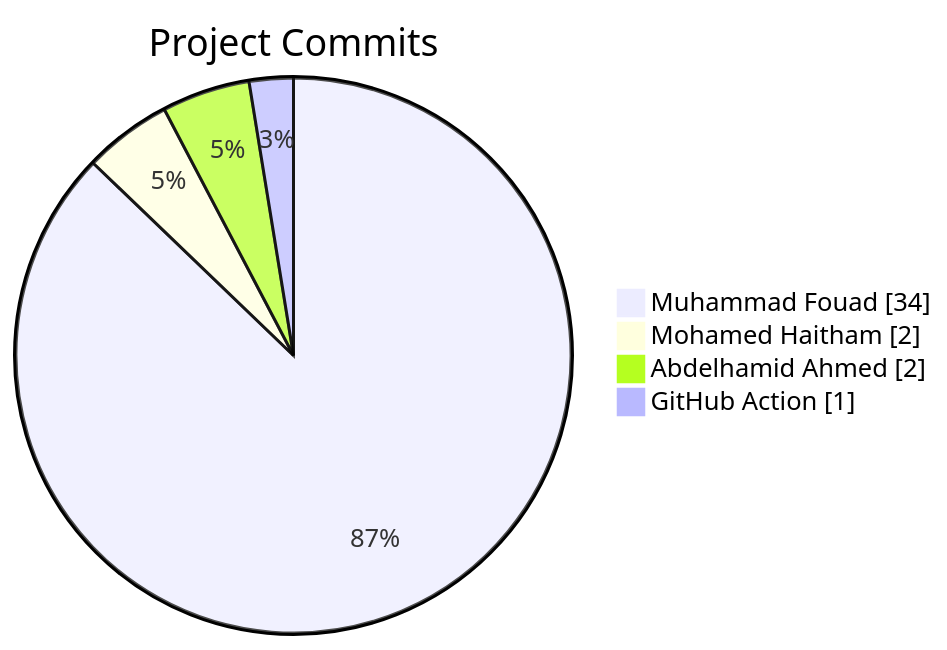
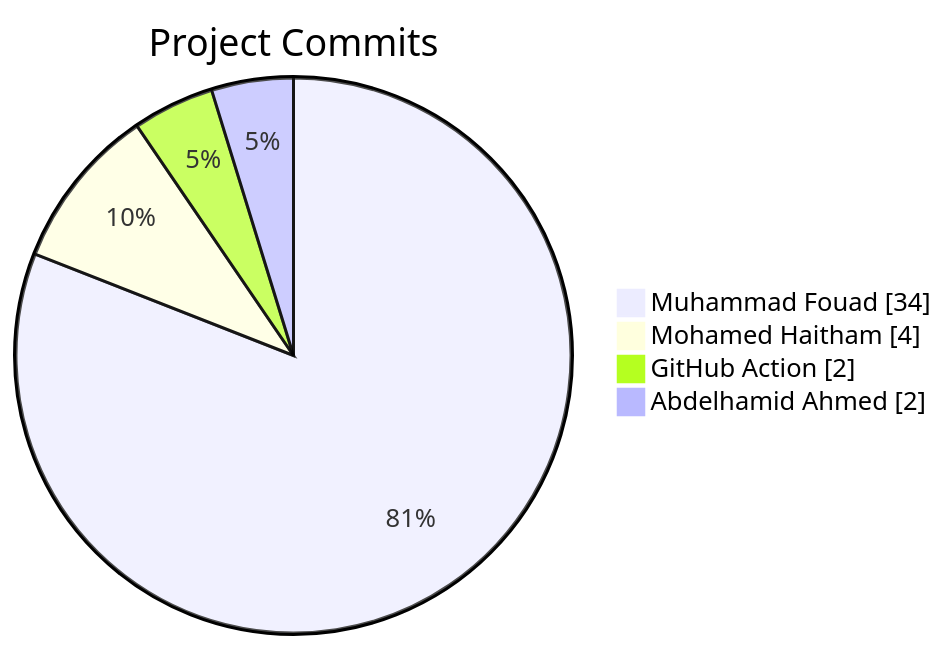
One commit to Abdelhamid-El-rashidy/Library_System changed the diagram in README.md. Above: the diagram before and after it, drawn with Mermaid.

Commit message:
docs: update contributor stats [skip ci]

````diff
--- a/README.md
+++ b/README.md
@@ -11,8 +11,8 @@
 ```mermaid
 pie showData
     title Project Commits
     "Muhammad Fouad" : 34
-    "Mohamed Haitham" : 2
+    "Mohamed Haitham" : 4
+    "GitHub Action" : 2
     "Abdelhamid Ahmed" : 2
-    "GitHub Action" : 1
 ```
````
